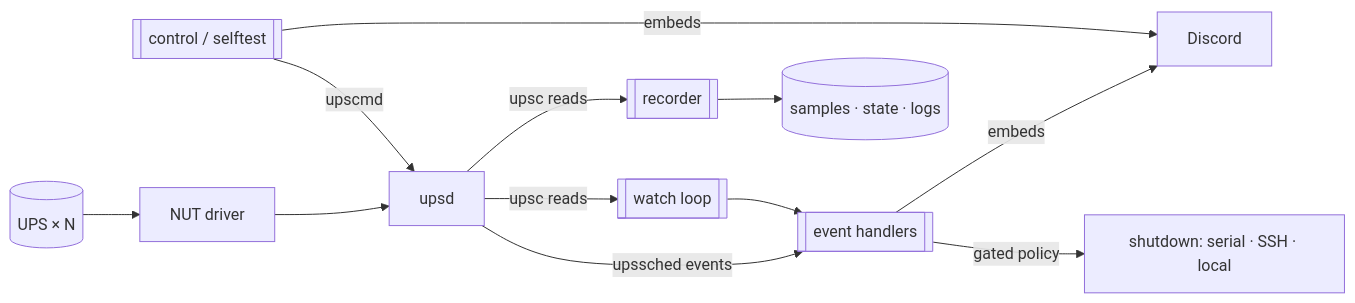
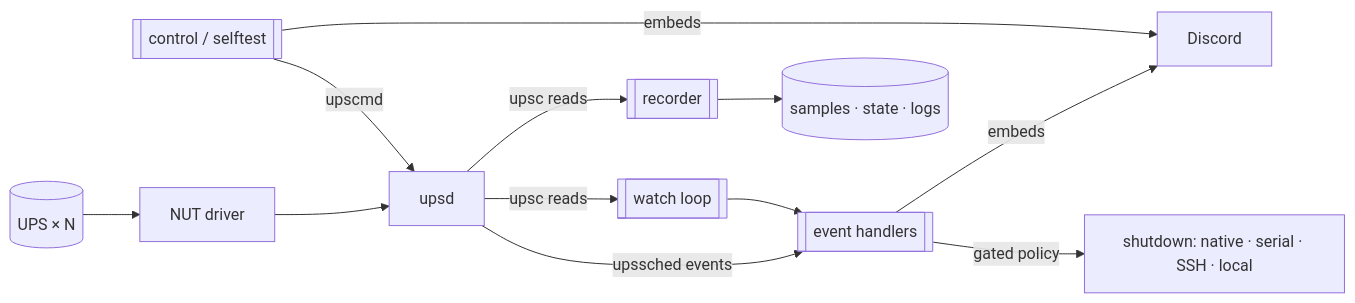
The diagram in docs/index.md (kleinpanic/ups-orchestrator), drawn with Mermaid before and after one commit. The commit also changed other lines of this file and 6 other files, not shown here.

````diff
--- a/docs/index.md
+++ b/docs/index.md
@@ -12,13 +16,13 @@
 ```mermaid
 flowchart LR
   UPS[("UPS × N")] --> DRV[NUT driver] --> UPSD[upsd]
   UPSD -->|upsc reads| WATCH[[watch loop]]
   UPSD -->|upsc reads| REC[[recorder]]
   UPSD -->|upssched events| EVENTS[[event handlers]]
   CTL[[control / selftest]] -->|upscmd| UPSD
   WATCH --> EVENTS
   EVENTS -->|embeds| DISCORD["Discord"]
   CTL -->|embeds| DISCORD
-  EVENTS -->|gated policy| SHUT["shutdown: serial · SSH · local"]
+  EVENTS -->|gated policy| SHUT["shutdown: native · serial · SSH · local"]
   REC --> STORE[("samples · state · logs")]
 ```
````
